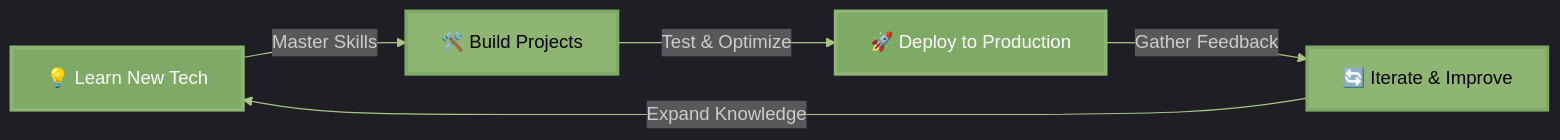
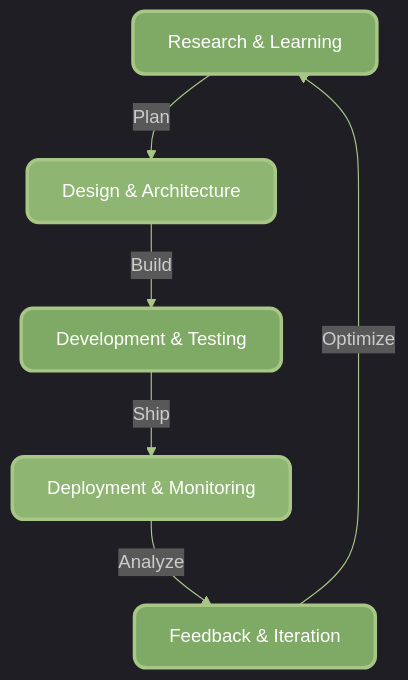
One commit to Codift05/Codift05 changed the diagram in README.md. Above: the diagram before and after it, drawn with Mermaid. The commit also changed other lines of this file, not shown here.

````diff
--- a/README.md
+++ b/README.md
@@ -153,13 +155,21 @@
 ```mermaid
-%%{init: {'theme':'dark', 'themeVariables': { 'primaryColor':'#7FAA65', 'primaryTextColor':'#fff', 'primaryBorderColor':'#8FB573', 'lineColor':'#A8C686', 'secondaryColor':'#1a1b27', 'tertiaryColor':'#2d2e3a'}}}%%
-graph LR
-    A[💡 Learn New Tech] -->|Master Skills| B[🛠️ Build Projects]
-    B -->|Test & Optimize| C[🚀 Deploy to Production]
-    C -->|Gather Feedback| D[🔄 Iterate & Improve]
-    D -->|Expand Knowledge| A
+%%{init: {'theme':'dark', 'themeVariables': { 'primaryColor':'#7FAA65', 'primaryTextColor':'#fff', 'primaryBorderColor':'#8FB573', 'lineColor':'#A8C686', 'secondaryColor':'#1a1b27', 'tertiaryColor':'#2d2e3a', 'fontSize':'16px'}}}%%
+flowchart TD
+    A[Research & Learning]
+    B[Design & Architecture]
+    C[Development & Testing]
+    D[Deployment & Monitoring]
+    E[Feedback & Iteration]
     
-    style A fill:#7FAA65,stroke:#8FB573,stroke-width:3px,color:#fff
-    style B fill:#8FB573,stroke:#7FAA65,stroke-width:3px,color:#000
-    style C fill:#7FAA65,stroke:#8FB573,stroke-width:3px,color:#fff
-    style D fill:#8FB573,stroke:#7FAA65,stroke-width:3px,color:#000
+    A -->|Plan| B
+    B -->|Build| C
+    C -->|Ship| D
+    D -->|Analyze| E
+    E -->|Optimize| A
+    
+    style A fill:#7FAA65,stroke:#A8C686,stroke-width:3px,color:#fff,rx:10
+    style B fill:#8FB573,stroke:#A8C686,stroke-width:3px,color:#fff,rx:10
+    style C fill:#7FAA65,stroke:#A8C686,stroke-width:3px,color:#fff,rx:10
+    style D fill:#8FB573,stroke:#A8C686,stroke-width:3px,color:#fff,rx:10
+    style E fill:#7FAA65,stroke:#A8C686,stroke-width:3px,color:#fff,rx:10
 ```
````
